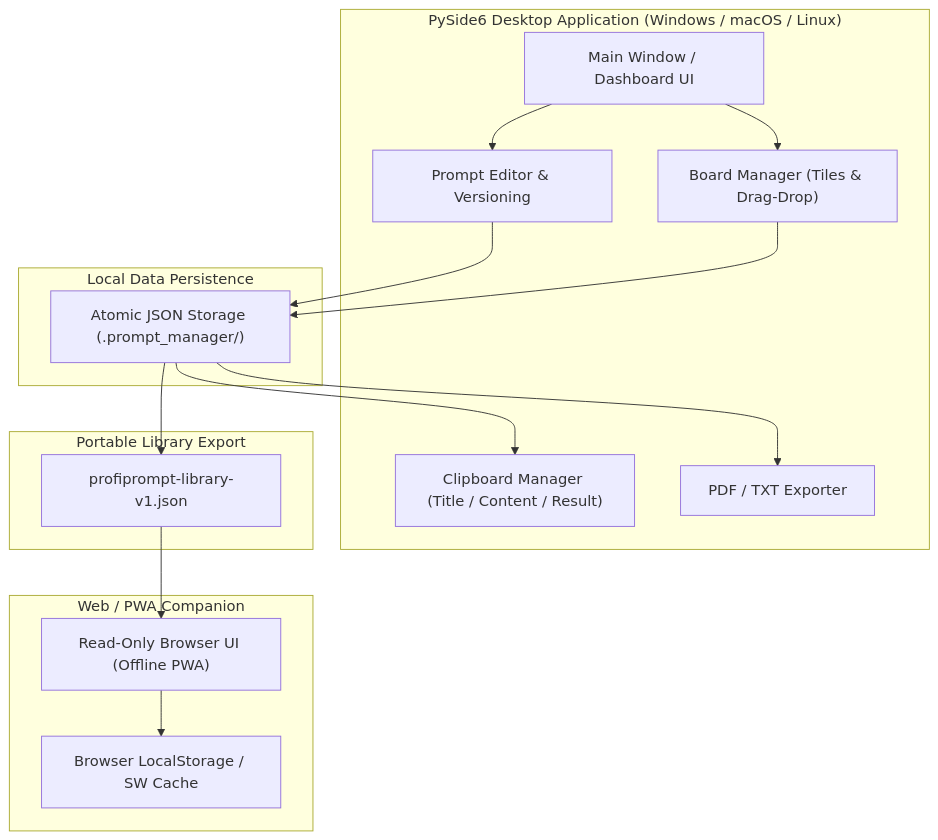
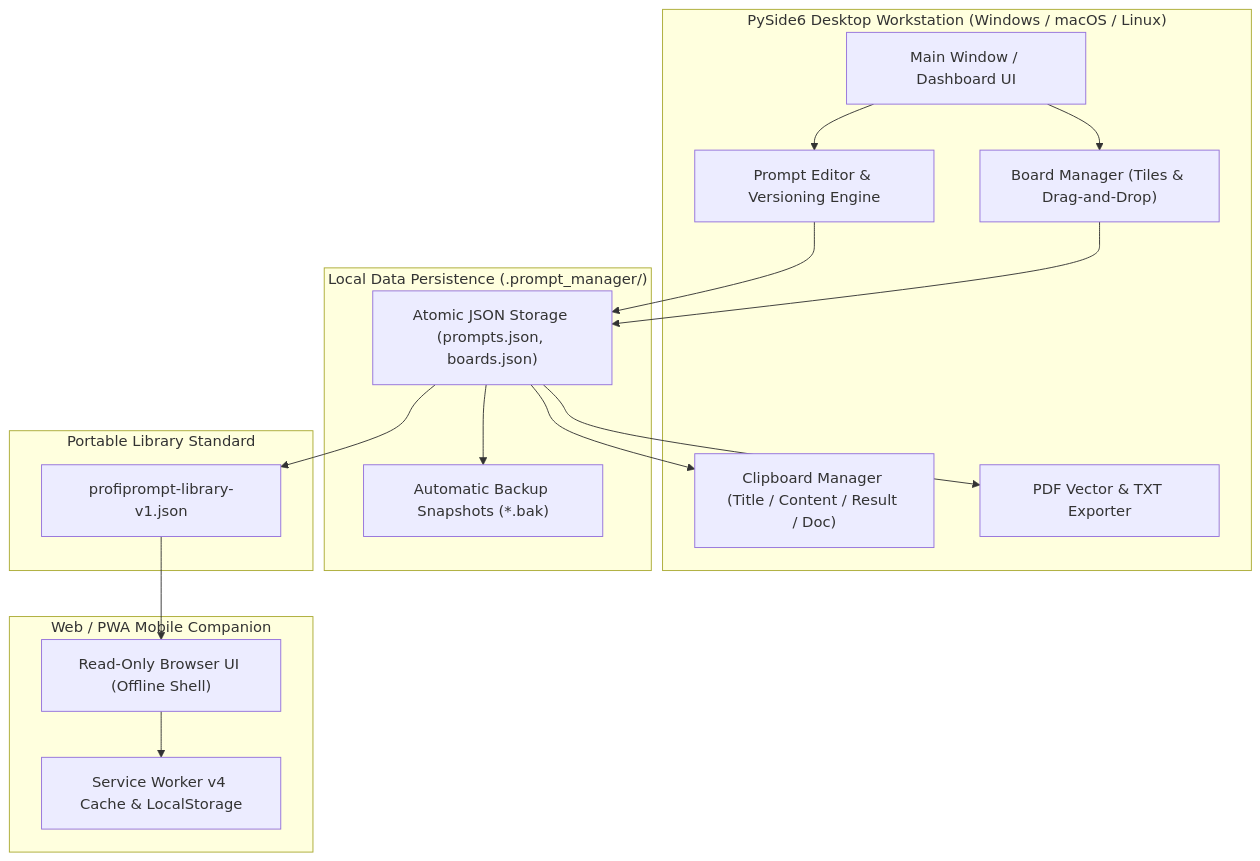
The diagram in README.md (file-bricks/ProfiPrompt), drawn with Mermaid before and after one commit. The commit also changed other lines of this file and 7 other files, not shown here.

````diff
--- a/README.md
+++ b/README.md
@@ -25,33 +119,35 @@
 ```mermaid
 flowchart TD
-    subgraph DesktopApp["PySide6 Desktop Application (Windows / macOS / Linux)"]
+    subgraph DesktopApp["PySide6 Desktop Workstation (Windows / macOS / Linux)"]
         UI["Main Window / Dashboard UI"]
-        BM["Board Manager (Tiles & Drag-Drop)"]
-        PM["Prompt Editor & Versioning"]
-        CM["Clipboard Manager (Title / Content / Result)"]
-        EX["PDF / TXT Exporter"]
+        BM["Board Manager (Tiles & Drag-and-Drop)"]
+        PM["Prompt Editor & Versioning Engine"]
+        CM["Clipboard Manager (Title / Content / Result / Doc)"]
+        EX["PDF Vector & TXT Exporter"]
     end
 
-    subgraph Storage["Local Data Persistence"]
-        JSONStore["Atomic JSON Storage (.prompt_manager/)"]
+    subgraph Storage["Local Data Persistence (.prompt_manager/)"]
+        JSONStore["Atomic JSON Storage (prompts.json, boards.json)"]
+        BackupStore["Automatic Backup Snapshots (*.bak)"]
     end
 
-    subgraph ExportFormat["Portable Library Export"]
+    subgraph ExportFormat["Portable Library Standard"]
         LibJSON["profiprompt-library-v1.json"]
     end
 
-    subgraph Companion["Web / PWA Companion"]
-        PWA["Read-Only Browser UI (Offline PWA)"]
-        LocalCache["Browser LocalStorage / SW Cache"]
+    subgraph Companion["Web / PWA Mobile Companion"]
+        PWA["Read-Only Browser UI (Offline Shell)"]
+        LocalCache["Service Worker v4 Cache & LocalStorage"]
     end
 
     UI --> PM
     UI --> BM
     PM --> JSONStore
     BM --> JSONStore
+    JSONStore --> BackupStore
     JSONStore --> CM
     JSONStore --> EX
     JSONStore --> LibJSON
     LibJSON --> PWA
     PWA --> LocalCache
 ```
````
